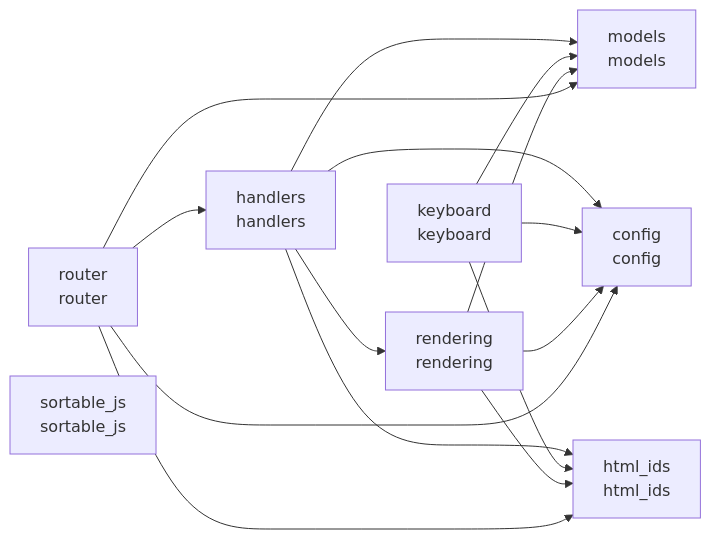
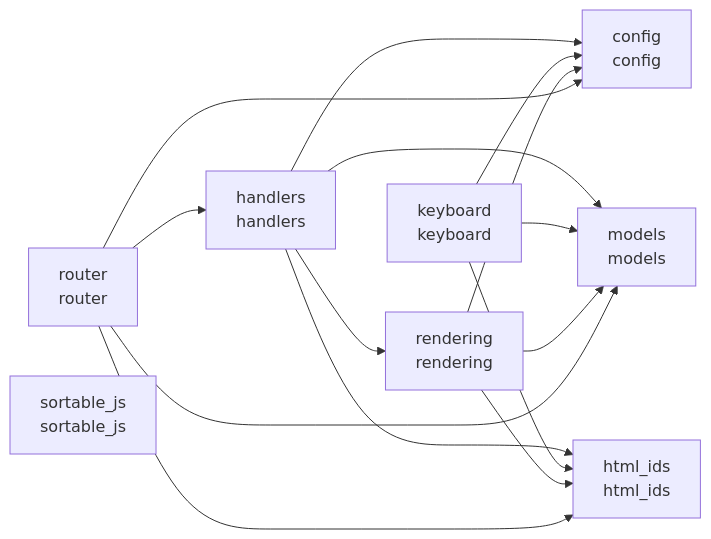
The diagram in README.md (cj-mills/cjm-fasthtml-sortable-queue), drawn with Mermaid before and after one commit. The commit also changed other lines of this file and 4 other files, not shown here.

````diff
--- a/README.md
+++ b/README.md
@@ -28,26 +28,26 @@
 ``` mermaid
 graph LR
     config[config<br/>config]
     handlers[handlers<br/>handlers]
     html_ids[html_ids<br/>html_ids]
     keyboard[keyboard<br/>keyboard]
     models[models<br/>models]
     rendering[rendering<br/>rendering]
     router[router<br/>router]
     sortable_js[sortable_js<br/>sortable_js]
 
+    handlers --> rendering
     handlers --> config
+    handlers --> html_ids
     handlers --> models
-    handlers --> html_ids
-    handlers --> rendering
-    keyboard --> models
     keyboard --> config
     keyboard --> html_ids
+    keyboard --> models
     rendering --> config
     rendering --> models
     rendering --> html_ids
-    router --> models
     router --> config
     router --> handlers
     router --> html_ids
+    router --> models
 ```
````
